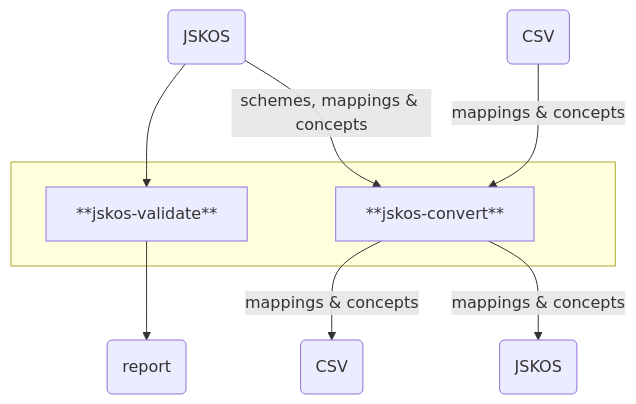
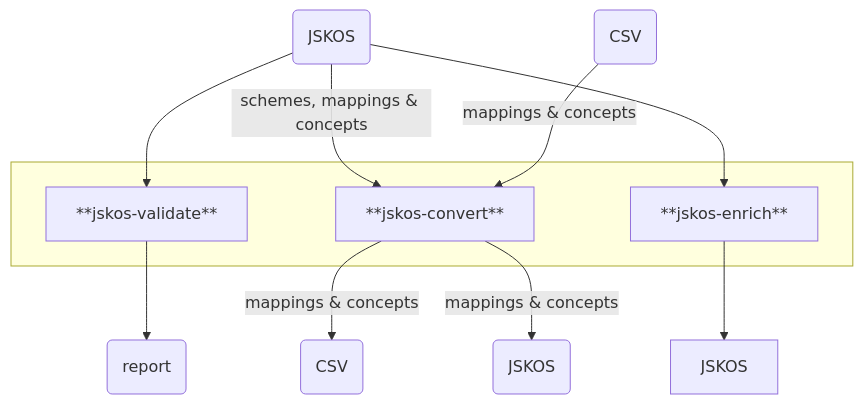
The diagram in README.md (gbv/jskos-cli), drawn with Mermaid before and after one commit. The commit also changed other lines of this file and 12 other files, not shown here.

````diff
--- a/README.md
+++ b/README.md
@@ -112,21 +179,24 @@
 ```mermaid
 graph TD
-    jskosin(JSKOS)
+   jskosin(JSKOS)
     csvin(CSV)
     report(report)
     jskosout(JSKOS)
     csvout(CSV)
     
     jskosin --> jskos-validate
     jskosin -- schemes, mappings & concepts --> jskos-convert
     csvin -- mappings & concepts --> jskos-convert
+    jskosin --> jskos-enrich
 
     jskos-convert -- mappings & concepts --> csvout
     jskos-convert -- mappings & concepts --> jskosout
 
     subgraph jskos-cli [ ]
         jskos-validate[**jskos-validate**]
-        jskos-convert[**jskos-convert**]        
+        jskos-convert[**jskos-convert**]
+        jskos-enrich[**jskos-enrich**]
     end
     jskos-validate --> report
+    jskos-enrich --> JSKOS
 ```
````
